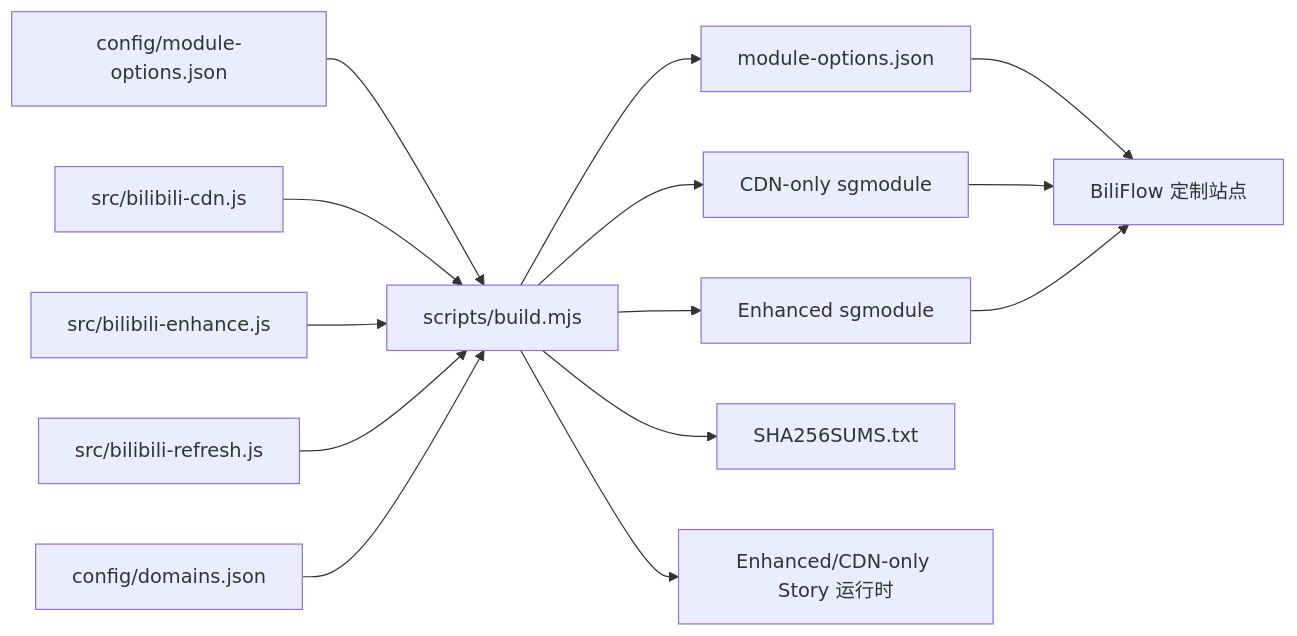
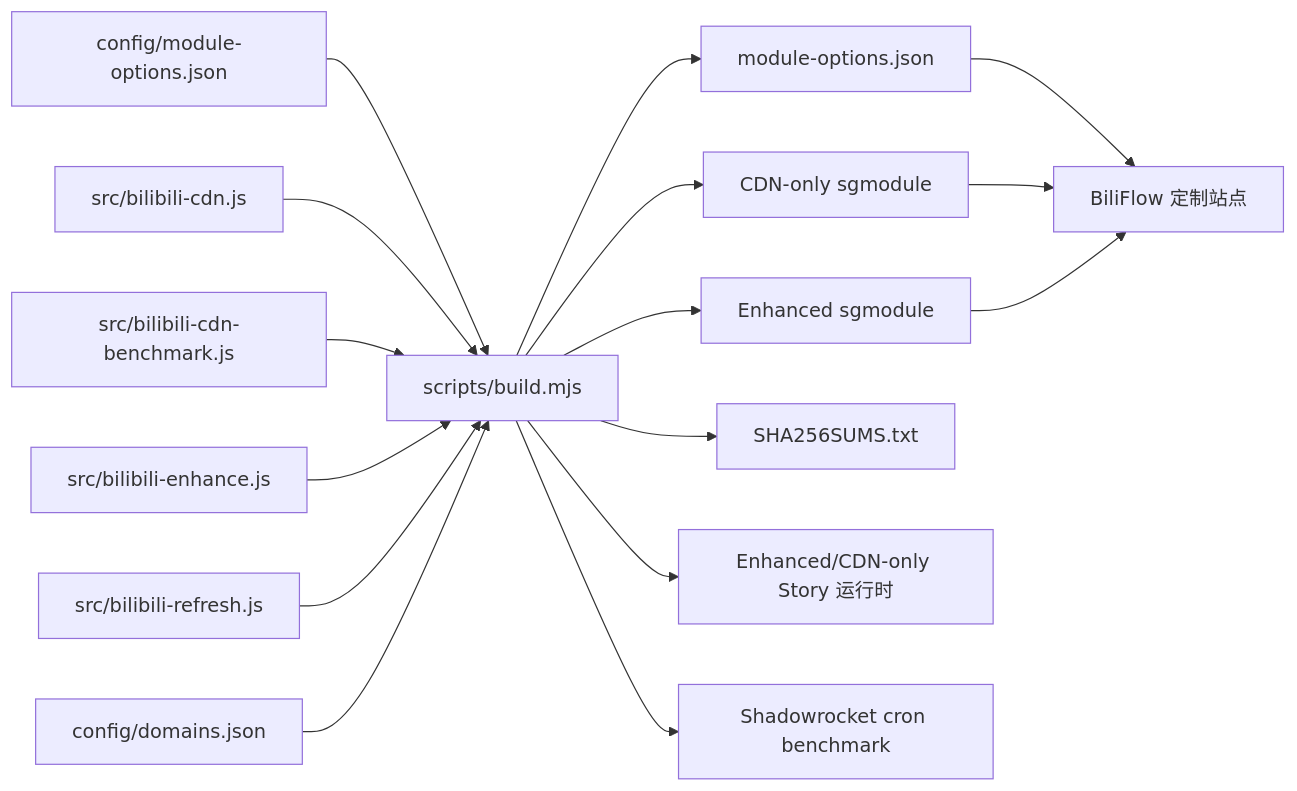
Before and after one commit to STERILITZIA02/IOS_Bilibiliu_CDN_rewrite: the diagram in docs/V3_ARCHITECTURE.md, drawn with Mermaid. The commit also changed other lines of this file and 38 other files, not shown here.

Commit message:
feat: stabilize Bilibili CDN routing and filtering

````diff
--- a/docs/V3_ARCHITECTURE.md
+++ b/docs/V3_ARCHITECTURE.md
@@ -33,16 +33,18 @@
 ```mermaid
 flowchart LR
   A[config/module-options.json] --> B[scripts/build.mjs]
   C[src/bilibili-cdn.js] --> B
+  M[src/bilibili-cdn-benchmark.js] --> B
   D[src/bilibili-enhance.js] --> B
   E[src/bilibili-refresh.js] --> B
   K[config/domains.json] --> B
   B --> F[CDN-only sgmodule]
   B --> G[Enhanced sgmodule]
   B --> H[module-options.json]
   B --> I[SHA256SUMS.txt]
   B --> L[Enhanced/CDN-only Story 运行时]
+  B --> N[Shadowrocket cron benchmark]
   H --> J[BiliFlow 定制站点]
   F --> J
   G --> J
 ```
````
